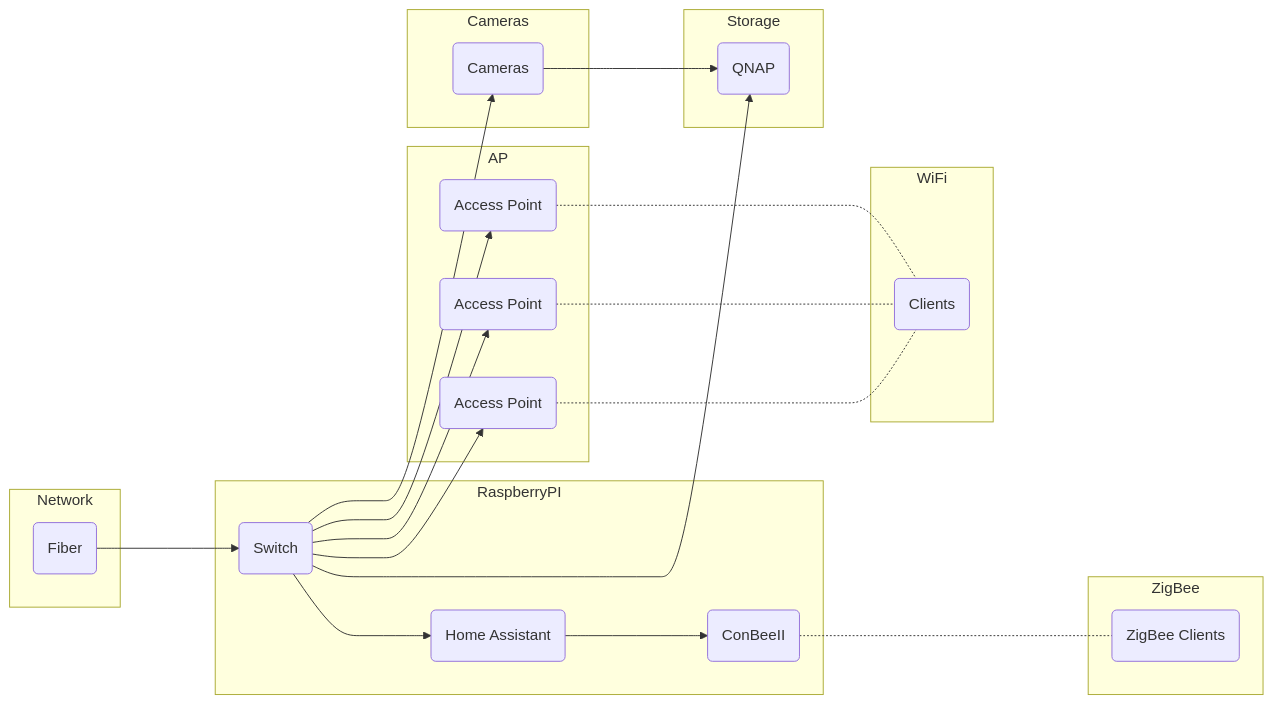
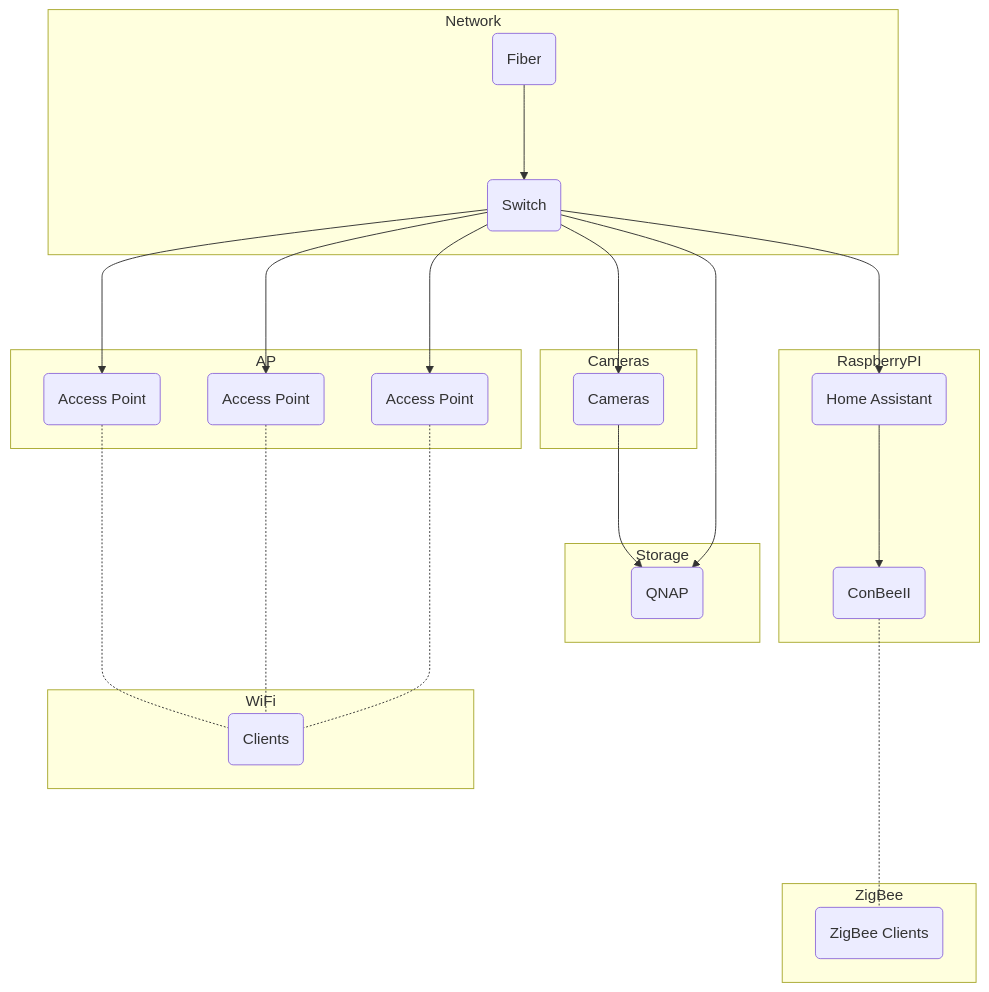
One commit to rangulvers/Homeautomation changed the diagram in README.md. Above: the diagram before and after it, drawn with Mermaid.

````diff
--- a/README.md
+++ b/README.md
@@ -60,30 +60,31 @@
 ```mermaid
-    flowchart LR
+    flowchart TB
+        subgraph Network
+            fib1(Fiber) ---> net1
+        end
+        subgraph AP
+            net1(Switch) ---> net2(Access Point)
+            net1(Switch) ---> net3(Access Point)
+            net1(Switch) ---> net4(Access Point)
+        end
+        subgraph WiFi
+            net2 -...- wifi1(Clients)
+            net3 -...- wifi1(Clients)
+            net4 -...- wifi1(Clients)
+        end
+        subgraph Cameras
+            net1(Switch) ---> cam1(Cameras) 
+        end
+        subgraph Storage
+            net1 ---> stor1(QNAP)
+            cam1 ---> stor1
+        end
         subgraph RaspberryPI
-        ha1(Home Assistant) ---> ha2(ConBeeII)
-        net1 ---> ha1
+            ha1(Home Assistant) ---> ha2(ConBeeII)
+            net1 ---> ha1
         end
         subgraph ZigBee
-        ha2 -...- zb1c(ZigBee Clients)
+            ha2 -...- zb1c(ZigBee Clients)
         end
-        subgraph Network
-        fib1(Fiber) ---> net1
-        end
-        subgraph AP
-        net1(Switch) ---> net2(Access Point)
-        net1(Switch) ---> net3(Access Point)
-        net1(Switch) ---> net4(Access Point)
-        end
-        subgraph Cameras
-        net1(Switch) ---> cam1(Cameras)
-        end
-        subgraph WiFi
-        net2 -...- wifi1(Clients)
-        net3 -...- wifi1(Clients)
-        net4 -...- wifi1(Clients)
-        end
-        subgraph Storage
-        net1 ---> stor1(QNAP)
-        cam1 ---> stor1
-        end
+
 ```
````
